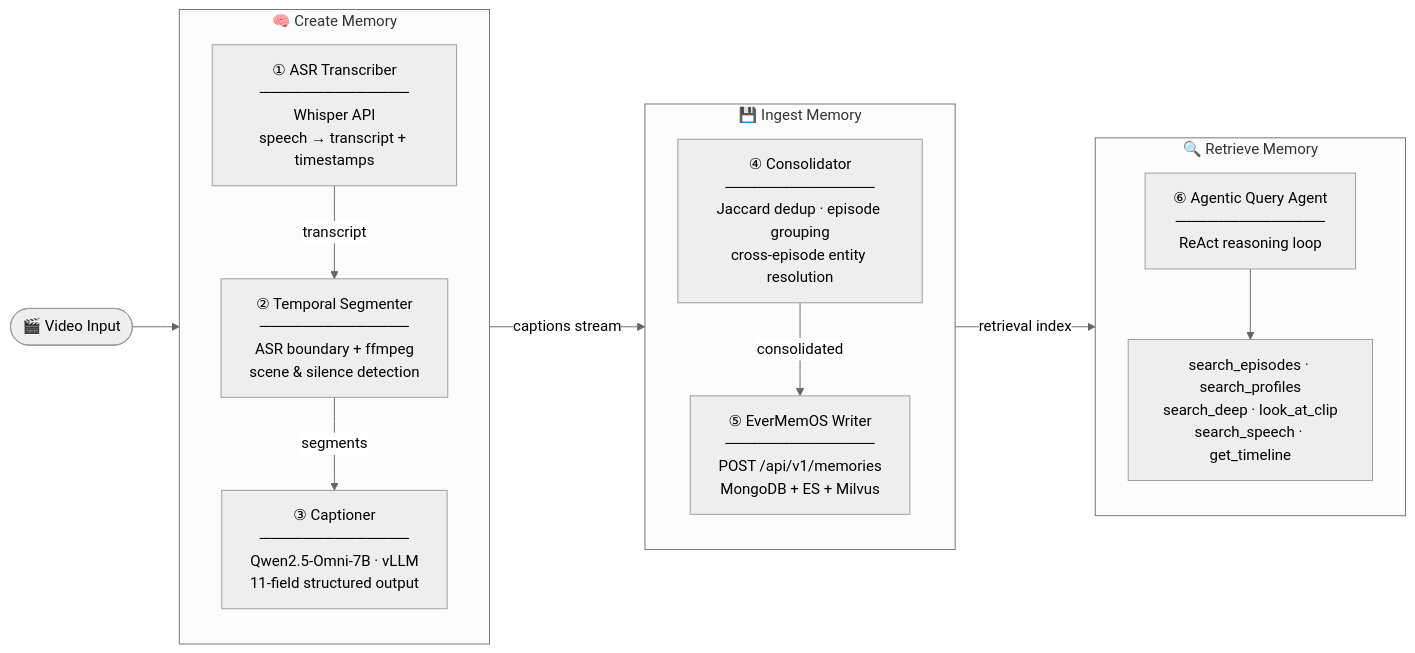
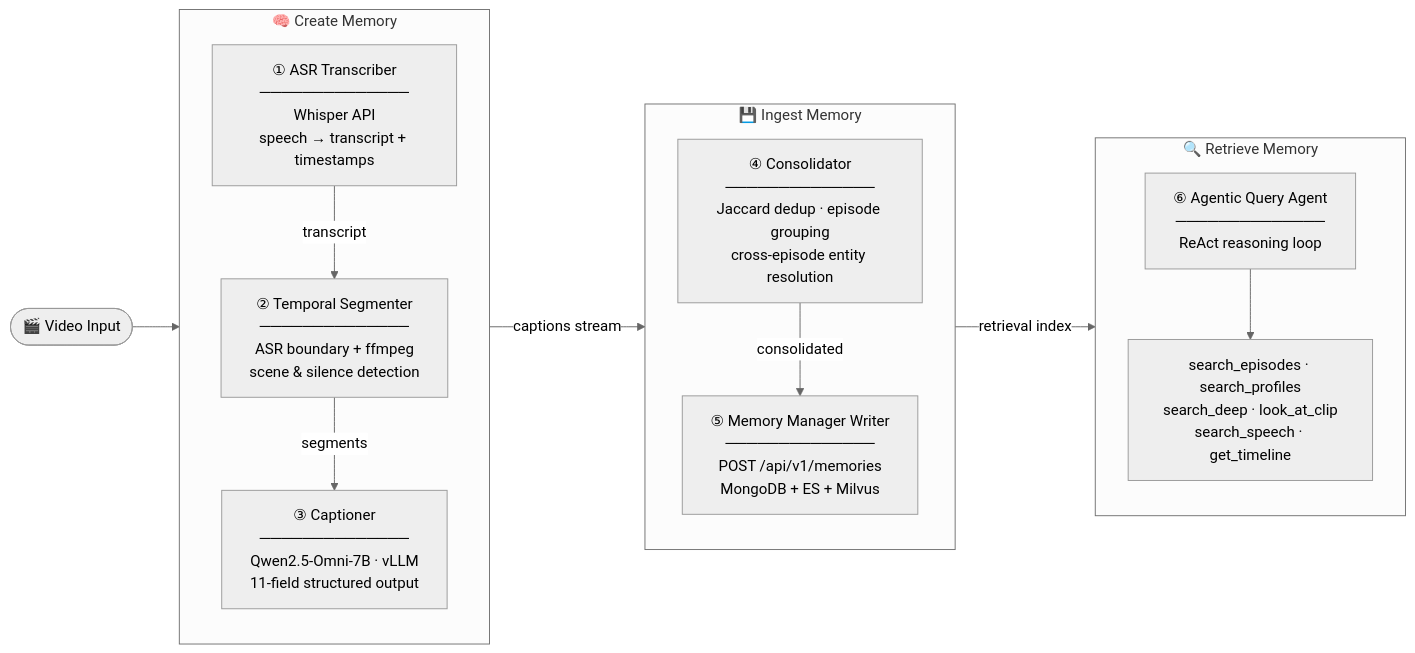
The first of 2 diagrams in README.md (No00el/VidEngram), drawn with Mermaid (neutral theme) before and after one commit.

Commit message:
README: rename architecture node EverMemOS Writer to Memory Manager Writer

````diff
--- a/README.md
+++ b/README.md
@@ -33,50 +33,50 @@
 ```mermaid
 flowchart LR
     VID([🎬 Video Input])
 
     subgraph CREATE["🧠  Create Memory"]
         direction TB
         A["① ASR Transcriber
 ──────────────
 Whisper API
 speech → transcript + timestamps"]
         B["② Temporal Segmenter
 ──────────────
 ASR boundary + ffmpeg
 scene & silence detection"]
         C["③ Captioner
 ──────────────
 Qwen2.5-Omni-7B · vLLM
 11-field structured output"]
         A -->|transcript| B
         B -->|segments| C
     end
 
     subgraph INGEST["💾  Ingest Memory"]
         direction TB
         D["④ Consolidator
 ──────────────
 Jaccard dedup · episode grouping
 cross-episode entity resolution"]
-        E["⑤ EverMemOS Writer
+        E["⑤ Memory Manager Writer
 ──────────────
 POST /api/v1/memories
 MongoDB + ES + Milvus"]
         D -->|consolidated| E
     end
 
     subgraph RETRIEVE["🔍  Retrieve Memory"]
         direction TB
         F["⑥ Agentic Query Agent
 ──────────────
 ReAct reasoning loop"]
         G["search_episodes · search_profiles
 search_deep · look_at_clip
 search_speech · get_timeline"]
         F --> G
     end
 
     VID --> CREATE
     CREATE -->|captions stream| INGEST
     INGEST -->|retrieval index| RETRIEVE
 ```
````
